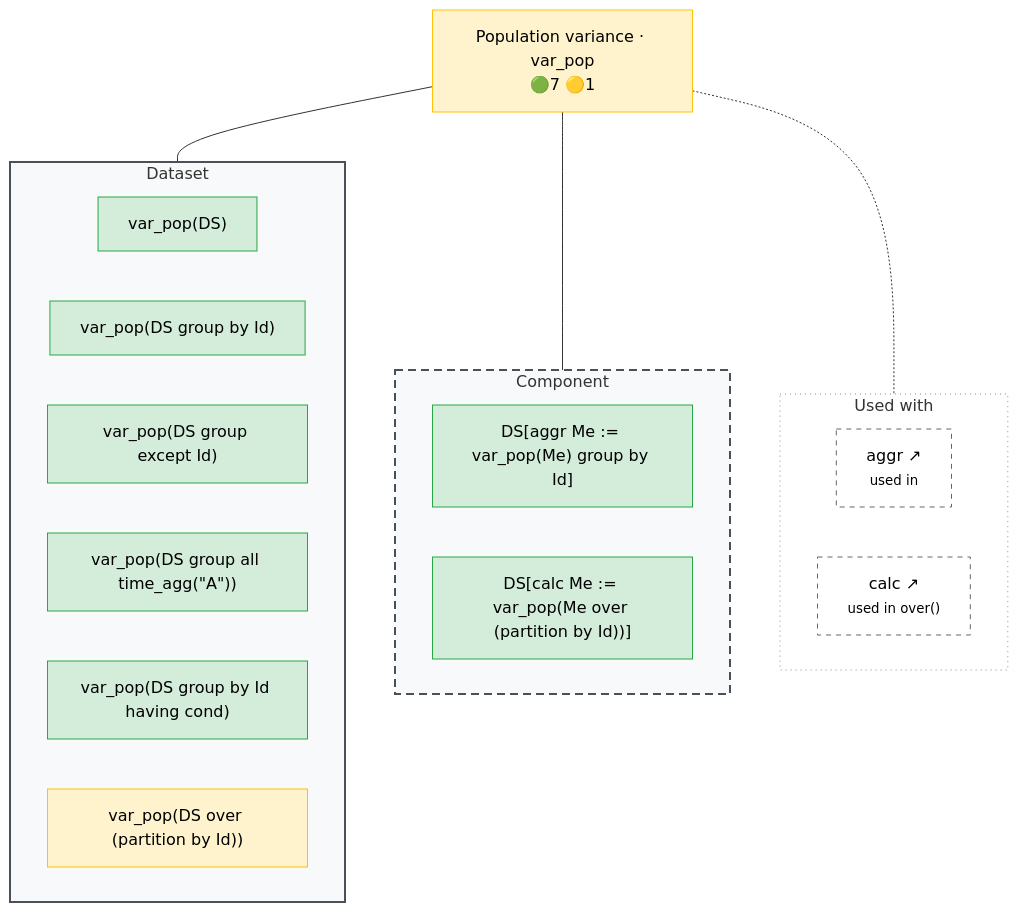
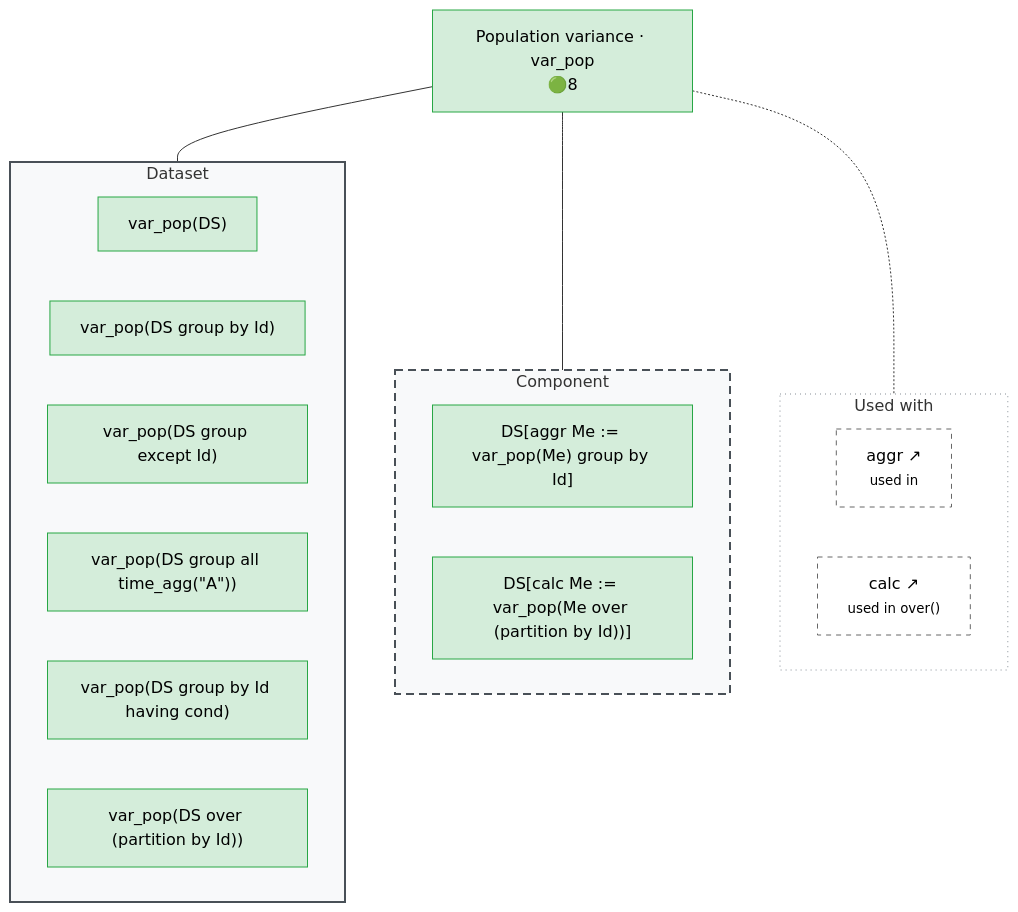
Before and after one commit to Meaningful-Data/vtlengine: the diagram in docs/operator_map/aggregate/var_pop.rst, drawn with Mermaid. The commit also changed other lines of this file and 175 other files, not shown here.

```diff
--- a/docs/operator_map/aggregate/var_pop.rst
+++ b/docs/operator_map/aggregate/var_pop.rst
@@ -28,47 +28,47 @@
 .. mermaid::
    :config: {"flowchart": {"useMaxWidth": false}}
 
    flowchart TB
        classDef ok fill:#d4edda,stroke:#28a745,color:#000
        classDef partial fill:#fff3cd,stroke:#ffc107,color:#000
        classDef refused fill:#d4edda,stroke:#28a745,stroke-width:3px,stroke-dasharray: 2 2,color:#000
        classDef missing fill:#f8d7da,stroke:#dc3545,color:#000
        classDef diverge fill:#cce5ff,stroke:#007bff,color:#000
        classDef block fill:#2b3a4a,stroke:#2b3a4a,color:#fff,font-weight:bold
        classDef ext fill:#fff,stroke:#666,color:#000,stroke-dasharray: 5 5
-       O["Population variance · var_pop<br/>🟢7 🟡1"]:::partial
+       O["Population variance · var_pop<br/>🟢8"]:::ok
        subgraph G_ds["Dataset"]
            direction LR
            v_ds_no_group["var_pop(DS)"]:::ok
            v_ds_group_by["var_pop(DS group by Id)"]:::ok
            v_ds_group_except["var_pop(DS group except Id)"]:::ok
            v_ds_group_all["var_pop(DS group all time_agg(#quot;A#quot;))"]:::ok
            v_ds_having["var_pop(DS group by Id having cond)"]:::ok
-           v_analytic_ds["var_pop(DS over (partition by Id))"]:::partial
+           v_analytic_ds["var_pop(DS over (partition by Id))"]:::ok
        end
        subgraph G_comp["Component"]
            direction LR
            v_comp_in_aggr["DS#91;aggr Me #58;#61; var_pop(Me) group by Id#93;"]:::ok
            v_analytic_comp["DS#91;calc Me #58;#61; var_pop(Me over (partition by Id))#93;"]:::ok
        end
        subgraph G_use["Used with"]
            direction LR
            used__clause__aggr["aggr ↗<br/><small>used in</small>"]:::ext
            used__clause__calc["calc ↗<br/><small>used in over()</small>"]:::ext
        end
        O --- G_ds
        O --- G_comp
        O -.- G_use
        style G_ds fill:#f8f9fa,stroke:#495057,stroke-width:2px
        style G_comp fill:#f8f9fa,stroke:#495057,stroke-width:2px,stroke-dasharray: 8 5
        style G_use fill:#ffffff,stroke:#868e96,stroke-width:1px,stroke-dasharray: 1 4
        click v_ds_no_group href "#form-ds-no-group"
        click v_ds_group_by href "#form-ds-group-by"
        click v_ds_group_except href "#form-ds-group-except"
        click v_ds_group_all href "#form-ds-group-all"
        click v_ds_having href "#form-ds-having"
        click v_comp_in_aggr href "#form-comp-in-aggr"
        click v_analytic_ds href "#form-analytic-ds"
        click v_analytic_comp href "#form-analytic-comp"
        click used__clause__aggr href "../clause/aggr.html" "Aggregation · aggr"
        click used__clause__calc href "../clause/calc.html" "Calculation of a Component · calc"
```
